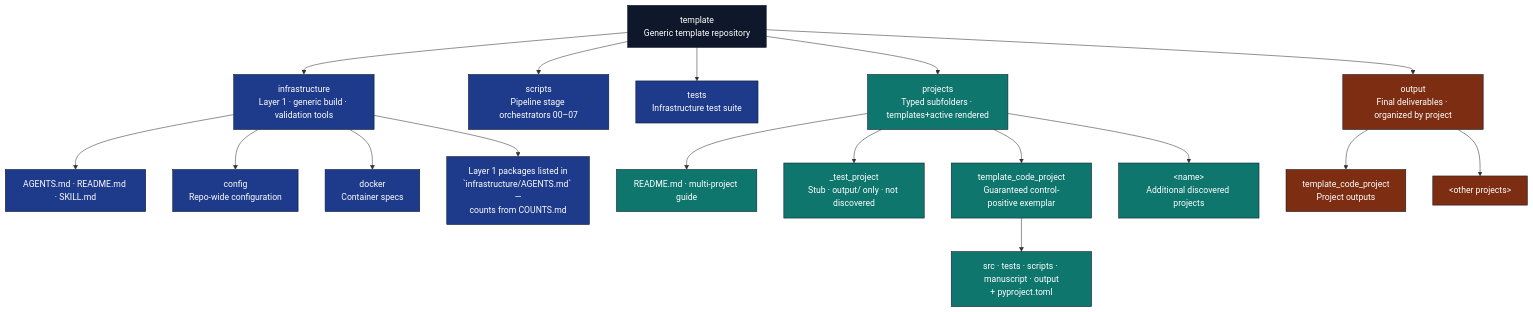
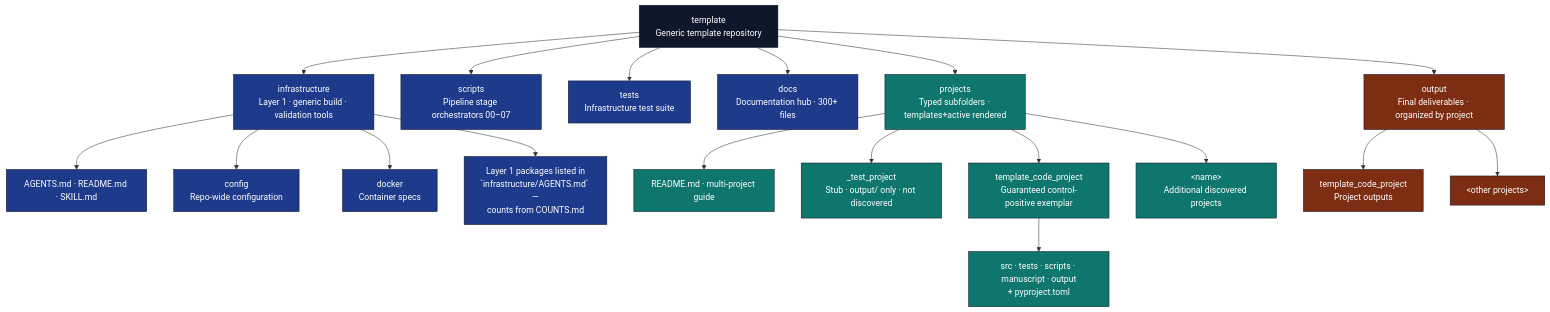
One commit to docxology/template changed the first of 4 diagrams in AGENTS.md. Above: the diagram before and after it, drawn with Mermaid. The commit also changed other lines of this file and 38 other files, not shown here.

````diff
--- a/AGENTS.md
+++ b/AGENTS.md
@@ -222,34 +224,35 @@
 ```mermaid
 flowchart TB
     ROOT[template<br/>Generic template repository]
 
     ROOT --> INFRA[infrastructure<br/>Layer 1 · generic build · validation tools]
     ROOT --> SCRIPTS[scripts<br/>Pipeline stage orchestrators 00–07]
     ROOT --> TESTS[tests<br/>Infrastructure test suite]
+    ROOT --> DOCS[docs<br/>Documentation hub · 300+ files]
     ROOT --> PROJECTS[projects<br/>Typed subfolders · templates+active rendered]
     ROOT --> OUT[output<br/>Final deliverables · organized by project]
 
     INFRA --> I_DOCS[AGENTS.md · README.md · SKILL.md]
     INFRA --> I_CONFIG[config<br/>Repo-wide configuration]
     INFRA --> I_DOCKER[docker<br/>Container specs]
     INFRA --> I_SUB[Layer 1 packages listed in<br/>`infrastructure/AGENTS.md` —<br/>counts from COUNTS.md]
 
     PROJECTS --> P_README[README.md · multi-project guide]
     PROJECTS --> P_STUB[_test_project<br/>Stub · output/ only · not discovered]
     PROJECTS --> P_CODE[template_code_project<br/>Guaranteed control-positive exemplar]
     PROJECTS --> P_OTHER[&lt;name&gt;<br/>Additional discovered projects]
 
     P_CODE --> P_C_SRC[src · tests · scripts · manuscript · output<br/>+ pyproject.toml]
 
     OUT --> O_CODE[template_code_project<br/>Project outputs]
     OUT --> O_DOTS[&lt;other projects&gt;]
 
     classDef root fill:#0f172a,stroke:#0f172a,color:#fff
     classDef l1 fill:#1e3a8a,stroke:#0f172a,color:#fff
     classDef l2 fill:#0f766e,stroke:#0f172a,color:#fff
     classDef gen fill:#7c2d12,stroke:#0f172a,color:#fff
     class ROOT root
-    class INFRA,SCRIPTS,TESTS,I_CONFIG,I_DOCKER,I_SUB,I_DOCS l1
+    class INFRA,SCRIPTS,TESTS,DOCS,I_CONFIG,I_DOCKER,I_SUB,I_DOCS l1
     class PROJECTS,P_CODE,P_OTHER,P_STUB,P_README,P_C_SRC l2
     class WIP,ARCH,OUT,O_CODE,O_DOTS gen
 ```
````
